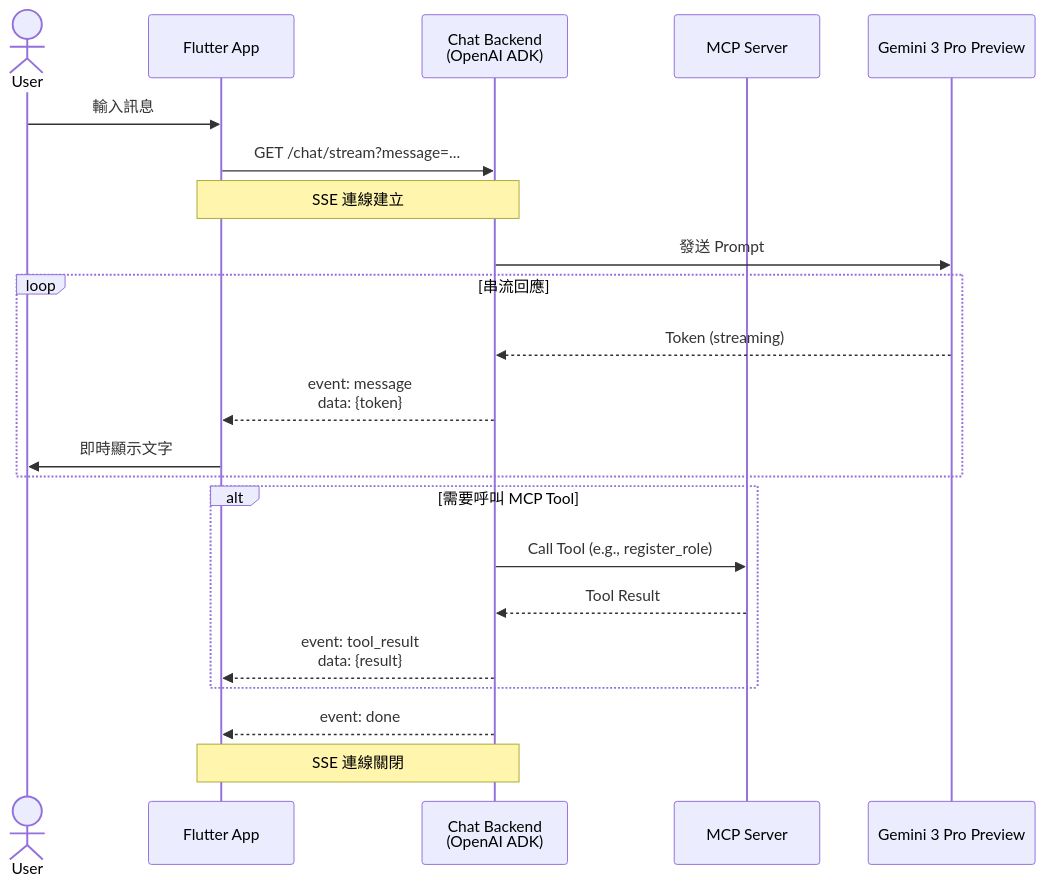
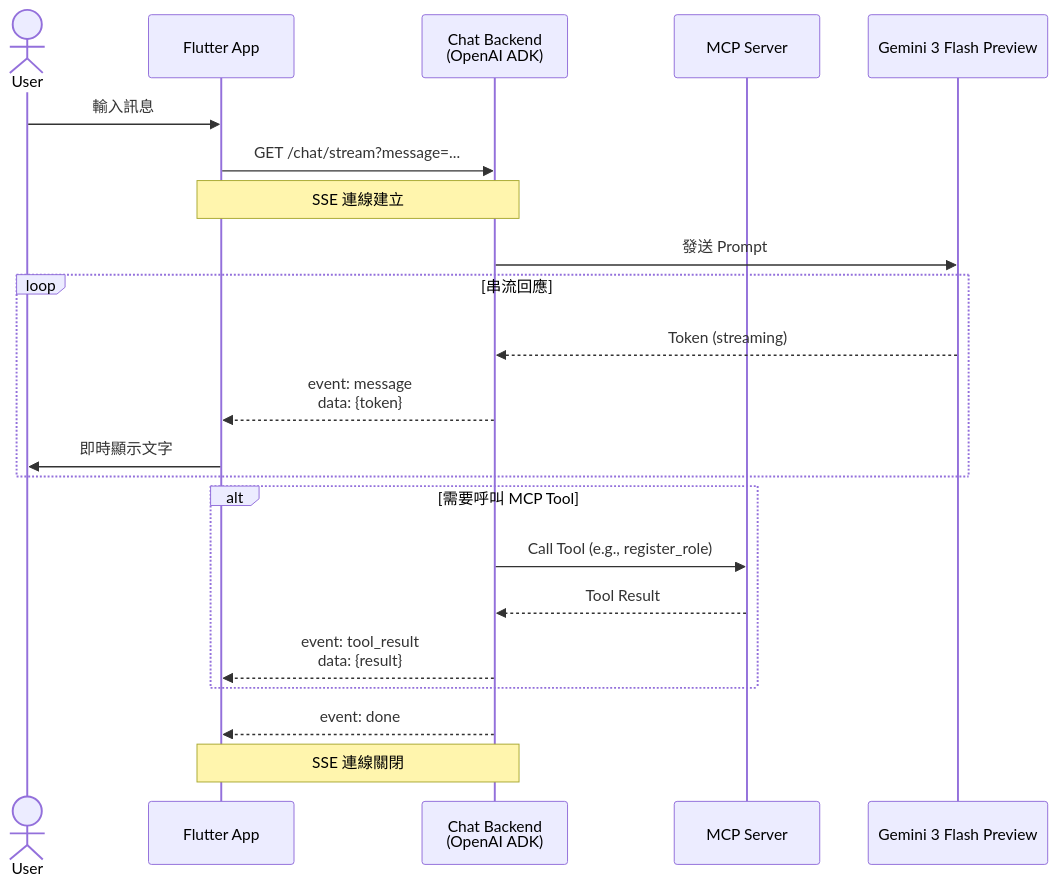
The first of 5 diagrams in docs/10-deployment.md (skipandsnow/toastlabplus), drawn with Mermaid before and after one commit. The commit also changed other lines of this file and 8 other files, not shown here.

````diff
--- a/docs/10-deployment.md
+++ b/docs/10-deployment.md
@@ -22,29 +22,29 @@
 ```mermaid
 sequenceDiagram
     actor User
     participant App as Flutter App
     participant ChatBackend as Chat Backend<br/>(OpenAI ADK)
     participant MCP as MCP Server
-    participant Gemini as Gemini 3 Pro Preview
+    participant Gemini as Gemini 3 Flash Preview
 
     User->>App: 輸入訊息
     App->>ChatBackend: GET /chat/stream?message=...
     Note over App,ChatBackend: SSE 連線建立
     
     ChatBackend->>Gemini: 發送 Prompt
     
     loop 串流回應
         Gemini-->>ChatBackend: Token (streaming)
         ChatBackend-->>App: event: message<br/>data: {token}
         App->>User: 即時顯示文字
     end
     
     alt 需要呼叫 MCP Tool
         ChatBackend->>MCP: Call Tool (e.g., register_role)
         MCP-->>ChatBackend: Tool Result
         ChatBackend-->>App: event: tool_result<br/>data: {result}
     end
     
     ChatBackend-->>App: event: done
     Note over App,ChatBackend: SSE 連線關閉
 ```
````
